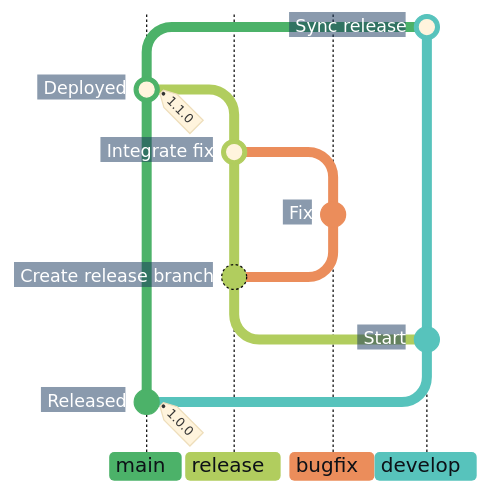
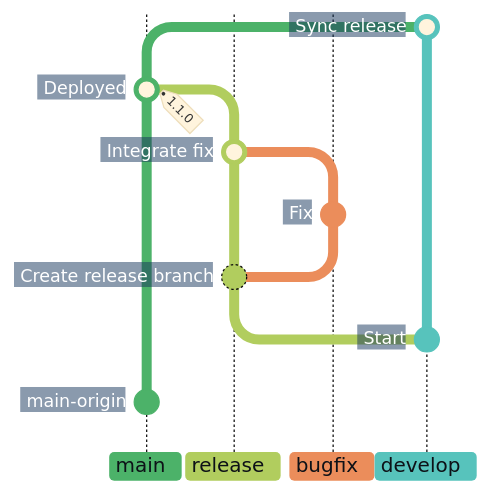
Before and after one commit to superhero/operations.superduper.solutions: the second of 7 diagrams in docs/adr/cicd.md, drawn with Mermaid.

Commit message:
docs: align plain branch starts in the stabilization graph
Match the overview with separate main and develop stems at the same baseline, preserving the visible release fork and later merge sequence.

````diff
--- a/docs/adr/cicd.md
+++ b/docs/adr/cicd.md
@@ -63,24 +63,27 @@
 ```mermaid
-%%{init: {"theme": "base", "themeCSS": "line.branch { stroke: #8B949E; stroke-width: 1px; stroke-dasharray: 1 4; stroke-linecap: round; } .branchLabel, .tag-label { font-weight: 700; } .tag-label-bkg, .commit-label-bkg { opacity: 0.9; } .tag-label-bkg { fill: #B8E6C4; stroke: #8ED3A2; } .branchLabelBkg { opacity: 1; clip-path: inset(0 8px 0 0 round 4px) fill-box; } .commit-labels g:nth-last-of-type(-n+2) { visibility: hidden; } .commit-labels g { transform-box: fill-box; transform-origin: calc(100% + 17px) calc(50% + 2px); transform: rotate(-10deg); } .commit-label { font-weight: 700; transform: translateX(-8px); } .commit-label-bkg { stroke: #17365D; stroke-width: 20px; transform: translateX(-5px); clip-path: polygon(-4px -4px, calc(100% + 4px) -4px, calc(100% + 10px) 50%, calc(100% + 4px) calc(100% + 4px), -4px calc(100% + 4px)) fill-box; } .commit.branch { stroke: #B1CD5E; stroke-dasharray: none; }", "gitGraph": {"showCommitLabel": true, "rotateCommitLabel": false}, "themeVariables": {
+%%{init: {"theme": "base", "themeCSS": "line.branch { stroke: #8B949E; stroke-width: 1px; stroke-dasharray: 1 4; stroke-linecap: round; } .branchLabel, .tag-label { font-weight: 700; } .tag-label-bkg, .commit-label-bkg { opacity: 0.9; } .tag-label-bkg { fill: #B8E6C4; stroke: #8ED3A2; } .branchLabelBkg { opacity: 1; clip-path: inset(0 8px 0 0 round 4px) fill-box; } .commit-labels g:nth-last-of-type(-n+2), .commit.main-origin { visibility: hidden; } path.arrow3:not(.arrow3 ~ .arrow3) { filter: drop-shadow(0 50px 0 #57C3BC); } .commit-labels g { transform-box: fill-box; transform-origin: calc(100% + 17px) calc(50% + 2px); transform: rotate(-10deg); } .commit-label { font-weight: 700; transform: translateX(-8px); } .commit-label-bkg { stroke: #17365D; stroke-width: 20px; transform: translateX(-5px); clip-path: polygon(-4px -4px, calc(100% + 4px) -4px, calc(100% + 10px) 50%, calc(100% + 4px) calc(100% + 4px), -4px calc(100% + 4px)) fill-box; } .commit.branch { stroke: #B1CD5E; stroke-dasharray: none; }", "gitGraph": {"showCommitLabel": true, "rotateCommitLabel": false}, "themeVariables": {
     "commitLabelFontSize": "14px", "commitLabelColor": "#FFFFFF", "commitLabelBackground": "#17365D",
     "git0": "#4CB269", "gitBranchLabel0": "#0D1117",
     "git1": "#B1CD5E", "gitBranchLabel1": "#0D1117",
     "git2": "#EB8D5B", "gitBranchLabel2": "#0D1117",
     "git3": "#57C3BC", "gitBranchLabel3": "#0D1117"
 }}}%%
 gitGraph BT:
-    %% Hide the two initial notes while retaining their branch connections.
-    commit id: "Released" tag: "1.0.0"
+    %% Show existing main and develop lanes with earlier ancestry and initial notes omitted.
     branch develop order: 3
+    checkout main
+    %% Hide the main marker; extend develop by 50px below its visible release fork to align the starts.
+    commit id: "main-origin"
+    checkout develop
     commit id: "Start"
     branch release order: 1
     commit id: "Create release branch"
     branch bugfix order: 2
     commit id: "Fix"
     checkout release
     merge bugfix id: "Integrate fix"
     checkout main
     merge release id: "Deployed" tag: "1.1.0"
     checkout develop
     merge main id: "Sync release"
 ```
````
